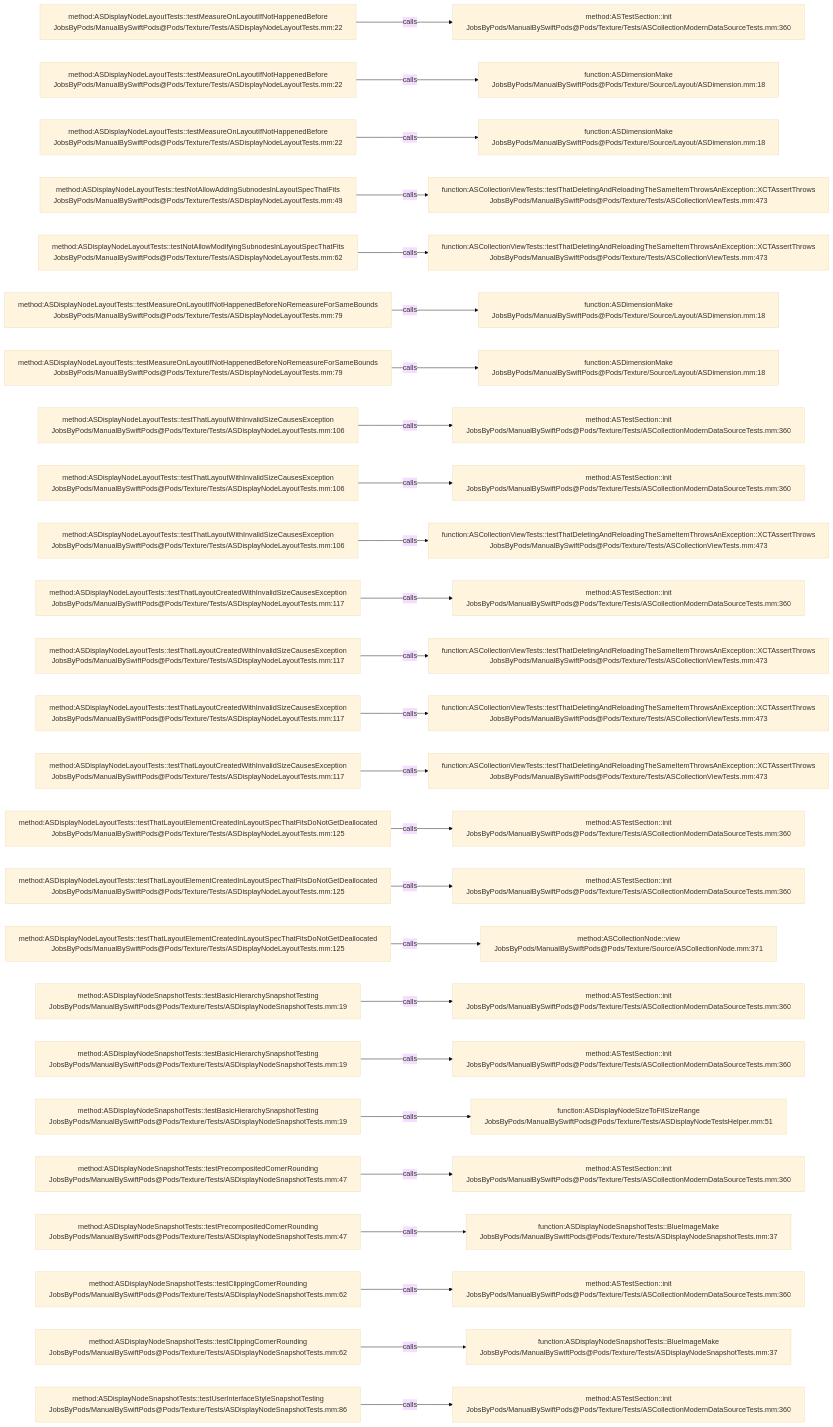
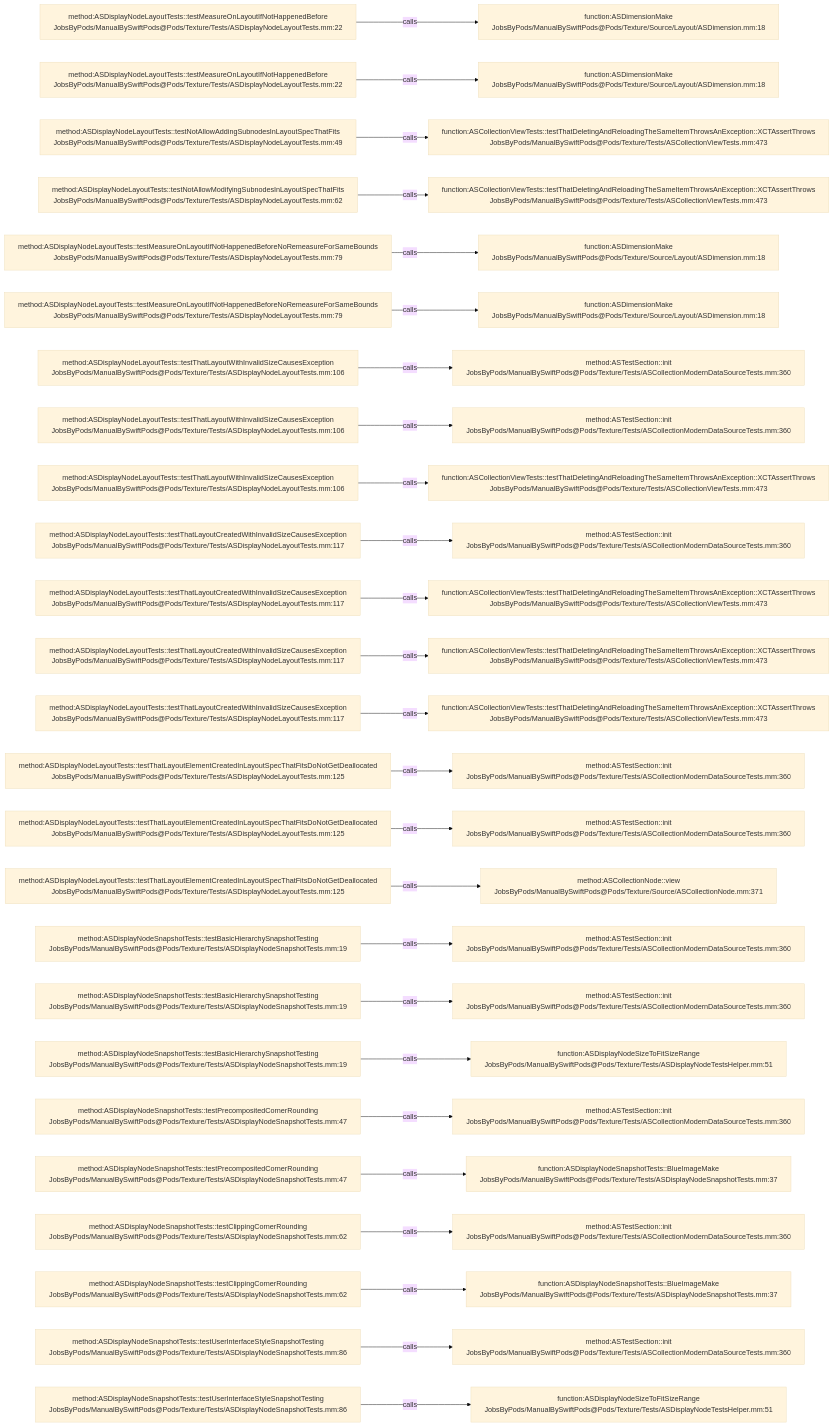
One commit to JobsKits/JobsSwiftBaseConfigDemo changed the diagram in .codegraph/codegraph.md/graphs/calls-185.md. Above: the diagram before and after it, drawn with Mermaid (base theme). The commit also changed 747 other files, not shown here.

````diff
--- a/.codegraph/codegraph.md/graphs/calls-185.md
+++ b/.codegraph/codegraph.md/graphs/calls-185.md
@@ -13,78 +13,78 @@
 ```mermaid
 flowchart LR
   S1["method:ASDisplayNodeLayoutTests::testMeasureOnLayoutIfNotHappenedBefore<br/>JobsByPods/ManualBySwiftPods@Pods/Texture/Tests/ASDisplayNodeLayoutTests.mm:22"]
-  T1["method:ASTestSection::init<br/>JobsByPods/ManualBySwiftPods@Pods/Texture/Tests/ASCollectionModernDataSourceTests.mm:360"]
+  T1["function:ASDimensionMake<br/>JobsByPods/ManualBySwiftPods@Pods/Texture/Source/Layout/ASDimension.mm:18"]
   S1 -->|calls| T1
   S2["method:ASDisplayNodeLayoutTests::testMeasureOnLayoutIfNotHappenedBefore<br/>JobsByPods/ManualBySwiftPods@Pods/Texture/Tests/ASDisplayNodeLayoutTests.mm:22"]
   T2["function:ASDimensionMake<br/>JobsByPods/ManualBySwiftPods@Pods/Texture/Source/Layout/ASDimension.mm:18"]
   S2 -->|calls| T2
-  S3["method:ASDisplayNodeLayoutTests::testMeasureOnLayoutIfNotHappenedBefore<br/>JobsByPods/ManualBySwiftPods@Pods/Texture/Tests/ASDisplayNodeLayoutTests.mm:22"]
-  T3["function:ASDimensionMake<br/>JobsByPods/ManualBySwiftPods@Pods/Texture/Source/Layout/ASDimension.mm:18"]
+  S3["method:ASDisplayNodeLayoutTests::testNotAllowAddingSubnodesInLayoutSpecThatFits<br/>JobsByPods/ManualBySwiftPods@Pods/Texture/Tests/ASDisplayNodeLayoutTests.mm:49"]
+  T3["function:ASCollectionViewTests::testThatDeletingAndReloadingTheSameItemThrowsAnException::XCTAssertThrows<br/>JobsByPods/ManualBySwiftPods@Pods/Texture/Tests/ASCollectionViewTests.mm:473"]
   S3 -->|calls| T3
-  S4["method:ASDisplayNodeLayoutTests::testNotAllowAddingSubnodesInLayoutSpecThatFits<br/>JobsByPods/ManualBySwiftPods@Pods/Texture/Tests/ASDisplayNodeLayoutTests.mm:49"]
+  S4["method:ASDisplayNodeLayoutTests::testNotAllowModifyingSubnodesInLayoutSpecThatFits<br/>JobsByPods/ManualBySwiftPods@Pods/Texture/Tests/ASDisplayNodeLayoutTests.mm:62"]
   T4["function:ASCollectionViewTests::testThatDeletingAndReloadingTheSameItemThrowsAnException::XCTAssertThrows<br/>JobsByPods/ManualBySwiftPods@Pods/Texture/Tests/ASCollectionViewTests.mm:473"]
   S4 -->|calls| T4
-  S5["method:ASDisplayNodeLayoutTests::testNotAllowModifyingSubnodesInLayoutSpecThatFits<br/>JobsByPods/ManualBySwiftPods@Pods/Texture/Tests/ASDisplayNodeLayoutTests.mm:62"]
-  T5["function:ASCollectionViewTests::testThatDeletingAndReloadingTheSameItemThrowsAnException::XCTAssertThrows<br/>JobsByPods/ManualBySwiftPods@Pods/Texture/Tests/ASCollectionViewTests.mm:473"]
+  S5["method:ASDisplayNodeLayoutTests::testMeasureOnLayoutIfNotHappenedBeforeNoRemeasureForSameBounds<br/>JobsByPods/ManualBySwiftPods@Pods/Texture/Tests/ASDisplayNodeLayoutTests.mm:79"]
+  T5["function:ASDimensionMake<br/>JobsByPods/ManualBySwiftPods@Pods/Texture/Source/Layout/ASDimension.mm:18"]
   S5 -->|calls| T5
   S6["method:ASDisplayNodeLayoutTests::testMeasureOnLayoutIfNotHappenedBeforeNoRemeasureForSameBounds<br/>JobsByPods/ManualBySwiftPods@Pods/Texture/Tests/ASDisplayNodeLayoutTests.mm:79"]
   T6["function:ASDimensionMake<br/>JobsByPods/ManualBySwiftPods@Pods/Texture/Source/Layout/ASDimension.mm:18"]
   S6 -->|calls| T6
-  S7["method:ASDisplayNodeLayoutTests::testMeasureOnLayoutIfNotHappenedBeforeNoRemeasureForSameBounds<br/>JobsByPods/ManualBySwiftPods@Pods/Texture/Tests/ASDisplayNodeLayoutTests.mm:79"]
-  T7["function:ASDimensionMake<br/>JobsByPods/ManualBySwiftPods@Pods/Texture/Source/Layout/ASDimension.mm:18"]
+  S7["method:ASDisplayNodeLayoutTests::testThatLayoutWithInvalidSizeCausesException<br/>JobsByPods/ManualBySwiftPods@Pods/Texture/Tests/ASDisplayNodeLayoutTests.mm:106"]
+  T7["method:ASTestSection::init<br/>JobsByPods/ManualBySwiftPods@Pods/Texture/Tests/ASCollectionModernDataSourceTests.mm:360"]
   S7 -->|calls| T7
   S8["method:ASDisplayNodeLayoutTests::testThatLayoutWithInvalidSizeCausesException<br/>JobsByPods/ManualBySwiftPods@Pods/Texture/Tests/ASDisplayNodeLayoutTests.mm:106"]
   T8["method:ASTestSection::init<br/>JobsByPods/ManualBySwiftPods@Pods/Texture/Tests/ASCollectionModernDataSourceTests.mm:360"]
   S8 -->|calls| T8
   S9["method:ASDisplayNodeLayoutTests::testThatLayoutWithInvalidSizeCausesException<br/>JobsByPods/ManualBySwiftPods@Pods/Texture/Tests/ASDisplayNodeLayoutTests.mm:106"]
-  T9["method:ASTestSection::init<br/>JobsByPods/ManualBySwiftPods@Pods/Texture/Tests/ASCollectionModernDataSourceTests.mm:360"]
+  T9["function:ASCollectionViewTests::testThatDeletingAndReloadingTheSameItemThrowsAnException::XCTAssertThrows<br/>JobsByPods/ManualBySwiftPods@Pods/Texture/Tests/ASCollectionViewTests.mm:473"]
   S9 -->|calls| T9
-  S10["method:ASDisplayNodeLayoutTests::testThatLayoutWithInvalidSizeCausesException<br/>JobsByPods/ManualBySwiftPods@Pods/Texture/Tests/ASDisplayNodeLayoutTests.mm:106"]
-  T10["function:ASCollectionViewTests::testThatDeletingAndReloadingTheSameItemThrowsAnException::XCTAssertThrows<br/>JobsByPods/ManualBySwiftPods@Pods/Texture/Tests/ASCollectionViewTests.mm:473"]
+  S10["method:ASDisplayNodeLayoutTests::testThatLayoutCreatedWithInvalidSizeCausesException<br/>JobsByPods/ManualBySwiftPods@Pods/Texture/Tests/ASDisplayNodeLayoutTests.mm:117"]
+  T10["method:ASTestSection::init<br/>JobsByPods/ManualBySwiftPods@Pods/Texture/Tests/ASCollectionModernDataSourceTests.mm:360"]
   S10 -->|calls| T10
   S11["method:ASDisplayNodeLayoutTests::testThatLayoutCreatedWithInvalidSizeCausesException<br/>JobsByPods/ManualBySwiftPods@Pods/Texture/Tests/ASDisplayNodeLayoutTests.mm:117"]
-  T11["method:ASTestSection::init<br/>JobsByPods/ManualBySwiftPods@Pods/Texture/Tests/ASCollectionModernDataSourceTests.mm:360"]
+  T11["function:ASCollectionViewTests::testThatDeletingAndReloadingTheSameItemThrowsAnException::XCTAssertThrows<br/>JobsByPods/ManualBySwiftPods@Pods/Texture/Tests/ASCollectionViewTests.mm:473"]
   S11 -->|calls| T11
   S12["method:ASDisplayNodeLayoutTests::testThatLayoutCreatedWithInvalidSizeCausesException<br/>JobsByPods/ManualBySwiftPods@Pods/Texture/Tests/ASDisplayNodeLayoutTests.mm:117"]
   T12["function:ASCollectionViewTests::testThatDeletingAndReloadingTheSameItemThrowsAnException::XCTAssertThrows<br/>JobsByPods/ManualBySwiftPods@Pods/Texture/Tests/ASCollectionViewTests.mm:473"]
   S12 -->|calls| T12
   S13["method:ASDisplayNodeLayoutTests::testThatLayoutCreatedWithInvalidSizeCausesException<br/>JobsByPods/ManualBySwiftPods@Pods/Texture/Tests/ASDisplayNodeLayoutTests.mm:117"]
   T13["function:ASCollectionViewTests::testThatDeletingAndReloadingTheSameItemThrowsAnException::XCTAssertThrows<br/>JobsByPods/ManualBySwiftPods@Pods/Texture/Tests/ASCollectionViewTests.mm:473"]
   S13 -->|calls| T13
-  S14["method:ASDisplayNodeLayoutTests::testThatLayoutCreatedWithInvalidSizeCausesException<br/>JobsByPods/ManualBySwiftPods@Pods/Texture/Tests/ASDisplayNodeLayoutTests.mm:117"]
-  T14["function:ASCollectionViewTests::testThatDeletingAndReloadingTheSameItemThrowsAnException::XCTAssertThrows<br/>JobsByPods/ManualBySwiftPods@Pods/Texture/Tests/ASCollectionViewTests.mm:473"]
+  S14["method:ASDisplayNodeLayoutTests::testThatLayoutElementCreatedInLayoutSpecThatFitsDoNotGetDeallocated<br/>JobsByPods/ManualBySwiftPods@Pods/Texture/Tests/ASDisplayNodeLayoutTests.mm:125"]
+  T14["method:ASTestSection::init<br/>JobsByPods/ManualBySwiftPods@Pods/Texture/Tests/ASCollectionModernDataSourceTests.mm:360"]
   S14 -->|calls| T14
   S15["method:ASDisplayNodeLayoutTests::testThatLayoutElementCreatedInLayoutSpecThatFitsDoNotGetDeallocated<br/>JobsByPods/ManualBySwiftPods@Pods/Texture/Tests/ASDisplayNodeLayoutTests.mm:125"]
   T15["method:ASTestSection::init<br/>JobsByPods/ManualBySwiftPods@Pods/Texture/Tests/ASCollectionModernDataSourceTests.mm:360"]
   S15 -->|calls| T15
   S16["method:ASDisplayNodeLayoutTests::testThatLayoutElementCreatedInLayoutSpecThatFitsDoNotGetDeallocated<br/>JobsByPods/ManualBySwiftPods@Pods/Texture/Tests/ASDisplayNodeLayoutTests.mm:125"]
-  T16["method:ASTestSection::init<br/>JobsByPods/ManualBySwiftPods@Pods/Texture/Tests/ASCollectionModernDataSourceTests.mm:360"]
+  T16["method:ASCollectionNode::view<br/>JobsByPods/ManualBySwiftPods@Pods/Texture/Source/ASCollectionNode.mm:371"]
   S16 -->|calls| T16
-  S17["method:ASDisplayNodeLayoutTests::testThatLayoutElementCreatedInLayoutSpecThatFitsDoNotGetDeallocated<br/>JobsByPods/ManualBySwiftPods@Pods/Texture/Tests/ASDisplayNodeLayoutTests.mm:125"]
-  T17["method:ASCollectionNode::view<br/>JobsByPods/ManualBySwiftPods@Pods/Texture/Source/ASCollectionNode.mm:371"]
+  S17["method:ASDisplayNodeSnapshotTests::testBasicHierarchySnapshotTesting<br/>JobsByPods/ManualBySwiftPods@Pods/Texture/Tests/ASDisplayNodeSnapshotTests.mm:19"]
+  T17["method:ASTestSection::init<br/>JobsByPods/ManualBySwiftPods@Pods/Texture/Tests/ASCollectionModernDataSourceTests.mm:360"]
   S17 -->|calls| T17
   S18["method:ASDisplayNodeSnapshotTests::testBasicHierarchySnapshotTesting<br/>JobsByPods/ManualBySwiftPods@Pods/Texture/Tests/ASDisplayNodeSnapshotTests.mm:19"]
   T18["method:ASTestSection::init<br/>JobsByPods/ManualBySwiftPods@Pods/Texture/Tests/ASCollectionModernDataSourceTests.mm:360"]
   S18 -->|calls| T18
   S19["method:ASDisplayNodeSnapshotTests::testBasicHierarchySnapshotTesting<br/>JobsByPods/ManualBySwiftPods@Pods/Texture/Tests/ASDisplayNodeSnapshotTests.mm:19"]
-  T19["method:ASTestSection::init<br/>JobsByPods/ManualBySwiftPods@Pods/Texture/Tests/ASCollectionModernDataSourceTests.mm:360"]
+  T19["function:ASDisplayNodeSizeToFitSizeRange<br/>JobsByPods/ManualBySwiftPods@Pods/Texture/Tests/ASDisplayNodeTestsHelper.mm:51"]
   S19 -->|calls| T19
-  S20["method:ASDisplayNodeSnapshotTests::testBasicHierarchySnapshotTesting<br/>JobsByPods/ManualBySwiftPods@Pods/Texture/Tests/ASDisplayNodeSnapshotTests.mm:19"]
-  T20["function:ASDisplayNodeSizeToFitSizeRange<br/>JobsByPods/ManualBySwiftPods@Pods/Texture/Tests/ASDisplayNodeTestsHelper.mm:51"]
+  S20["method:ASDisplayNodeSnapshotTests::testPrecompositedCornerRounding<br/>JobsByPods/ManualBySwiftPods@Pods/Texture/Tests/ASDisplayNodeSnapshotTests.mm:47"]
+  T20["method:ASTestSection::init<br/>JobsByPods/ManualBySwiftPods@Pods/Texture/Tests/ASCollectionModernDataSourceTests.mm:360"]
   S20 -->|calls| T20
   S21["method:ASDisplayNodeSnapshotTests::testPrecompositedCornerRounding<br/>JobsByPods/ManualBySwiftPods@Pods/Texture/Tests/ASDisplayNodeSnapshotTests.mm:47"]
-  T21["method:ASTestSection::init<br/>JobsByPods/ManualBySwiftPods@Pods/Texture/Tests/ASCollectionModernDataSourceTests.mm:360"]
+  T21["function:ASDisplayNodeSnapshotTests::BlueImageMake<br/>JobsByPods/ManualBySwiftPods@Pods/Texture/Tests/ASDisplayNodeSnapshotTests.mm:37"]
   S21 -->|calls| T21
-  S22["method:ASDisplayNodeSnapshotTests::testPrecompositedCornerRounding<br/>JobsByPods/ManualBySwiftPods@Pods/Texture/Tests/ASDisplayNodeSnapshotTests.mm:47"]
-  T22["function:ASDisplayNodeSnapshotTests::BlueImageMake<br/>JobsByPods/ManualBySwiftPods@Pods/Texture/Tests/ASDisplayNodeSnapshotTests.mm:37"]
+  S22["method:ASDisplayNodeSnapshotTests::testClippingCornerRounding<br/>JobsByPods/ManualBySwiftPods@Pods/Texture/Tests/ASDisplayNodeSnapshotTests.mm:62"]
+  T22["method:ASTestSection::init<br/>JobsByPods/ManualBySwiftPods@Pods/Texture/Tests/ASCollectionModernDataSourceTests.mm:360"]
   S22 -->|calls| T22
   S23["method:ASDisplayNodeSnapshotTests::testClippingCornerRounding<br/>JobsByPods/ManualBySwiftPods@Pods/Texture/Tests/ASDisplayNodeSnapshotTests.mm:62"]
-  T23["method:ASTestSection::init<br/>JobsByPods/ManualBySwiftPods@Pods/Texture/Tests/ASCollectionModernDataSourceTests.mm:360"]
+  T23["function:ASDisplayNodeSnapshotTests::BlueImageMake<br/>JobsByPods/ManualBySwiftPods@Pods/Texture/Tests/ASDisplayNodeSnapshotTests.mm:37"]
   S23 -->|calls| T23
-  S24["method:ASDisplayNodeSnapshotTests::testClippingCornerRounding<br/>JobsByPods/ManualBySwiftPods@Pods/Texture/Tests/ASDisplayNodeSnapshotTests.mm:62"]
-  T24["function:ASDisplayNodeSnapshotTests::BlueImageMake<br/>JobsByPods/ManualBySwiftPods@Pods/Texture/Tests/ASDisplayNodeSnapshotTests.mm:37"]
+  S24["method:ASDisplayNodeSnapshotTests::testUserInterfaceStyleSnapshotTesting<br/>JobsByPods/ManualBySwiftPods@Pods/Texture/Tests/ASDisplayNodeSnapshotTests.mm:86"]
+  T24["method:ASTestSection::init<br/>JobsByPods/ManualBySwiftPods@Pods/Texture/Tests/ASCollectionModernDataSourceTests.mm:360"]
   S24 -->|calls| T24
   S25["method:ASDisplayNodeSnapshotTests::testUserInterfaceStyleSnapshotTesting<br/>JobsByPods/ManualBySwiftPods@Pods/Texture/Tests/ASDisplayNodeSnapshotTests.mm:86"]
-  T25["method:ASTestSection::init<br/>JobsByPods/ManualBySwiftPods@Pods/Texture/Tests/ASCollectionModernDataSourceTests.mm:360"]
+  T25["function:ASDisplayNodeSizeToFitSizeRange<br/>JobsByPods/ManualBySwiftPods@Pods/Texture/Tests/ASDisplayNodeTestsHelper.mm:51"]
   S25 -->|calls| T25
 ```
````
